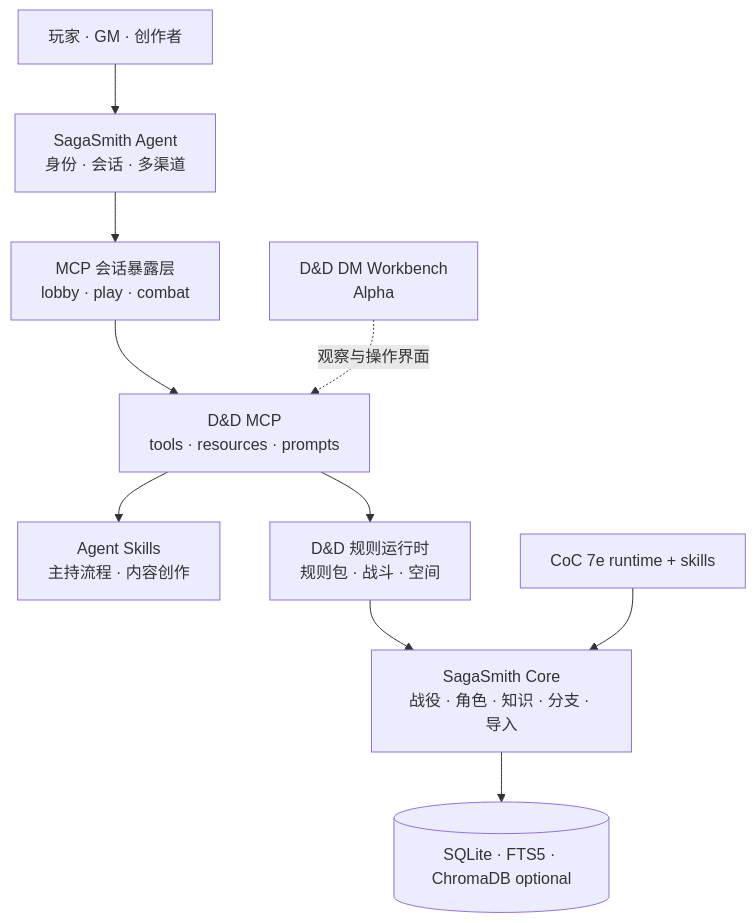
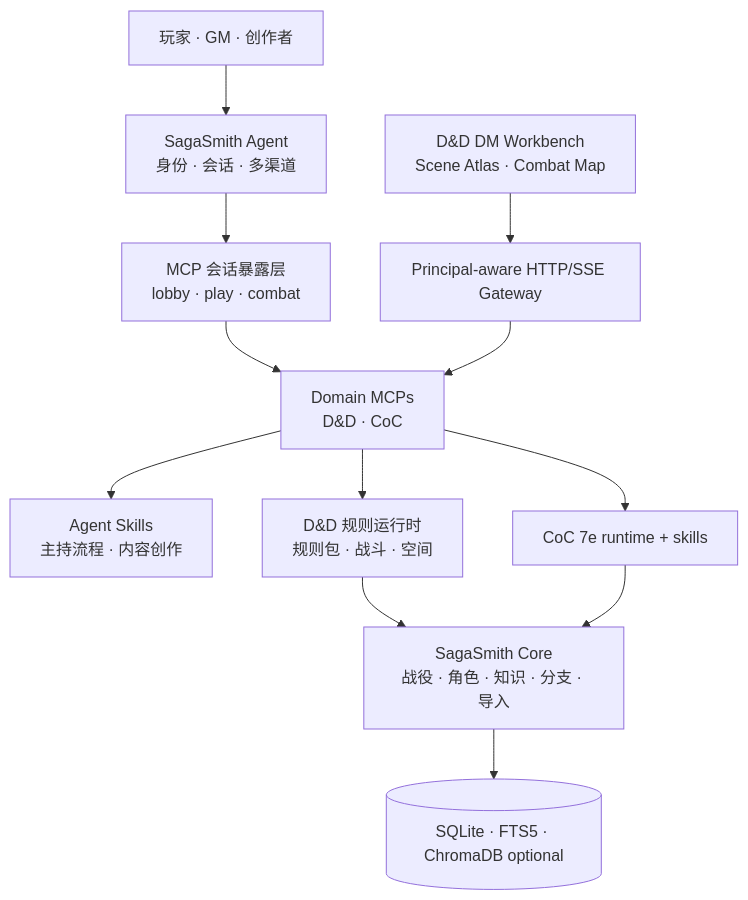
The diagram in profile/README.md (SagaSmithAI/.github), drawn with Mermaid before and after one commit. The commit also changed other lines of this file and 8 other files, not shown here.

Commit message:
docs: add platform governance and MCP map

````diff
--- a/profile/README.md
+++ b/profile/README.md
@@ -39,12 +39,14 @@
 ```mermaid
 flowchart TB
     H[玩家 · GM · 创作者] --> A[SagaSmith Agent<br/>身份 · 会话 · 多渠道]
     A --> X[MCP 会话暴露层<br/>lobby · play · combat]
-    X --> M[D&D MCP<br/>tools · resources · prompts]
+    X --> M[Domain MCPs<br/>D&D · CoC]
     M --> S[Agent Skills<br/>主持流程 · 内容创作]
     M --> D[D&D 规则运行时<br/>规则包 · 战斗 · 空间]
     D --> C[SagaSmith Core<br/>战役 · 角色 · 知识 · 分支 · 导入]
     C --> P[(SQLite · FTS5 · ChromaDB optional)]
-    U[D&D DM Workbench<br/>Alpha] -. 观察与操作界面 .-> M
-    R[CoC 7e runtime + skills] --> C
+    U[D&D DM Workbench<br/>Scene Atlas · Combat Map] --> G[Principal-aware HTTP/SSE Gateway]
+    G --> M
+    M --> R[CoC 7e runtime + skills]
+    R --> C
 ```
````
